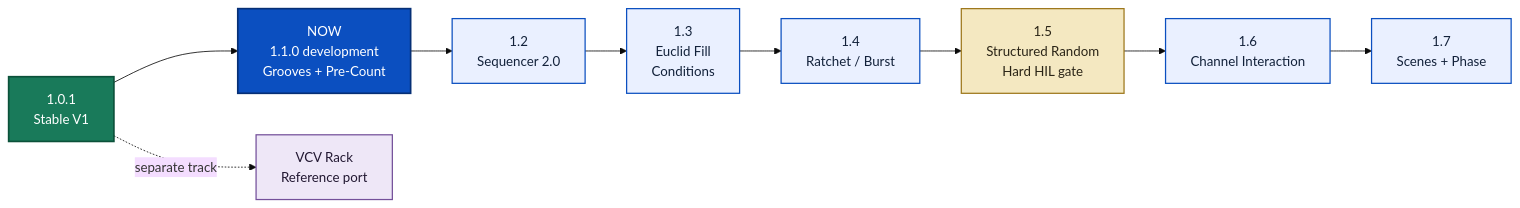
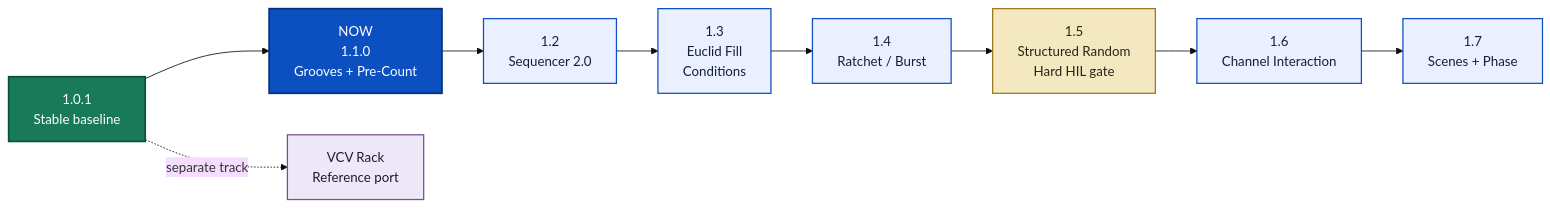
Before and after one commit to napolitano/eurorack-clock-firmware: the diagram in README.md, drawn with Mermaid (base theme). The commit also changed other lines of this file and 25 other files, not shown here.

````diff
--- a/README.md
+++ b/README.md
@@ -74,17 +74,17 @@
 ```mermaid
 flowchart LR
-    V1["1.0.1<br/>Stable V1"] --> G["NOW<br/>1.1.0 development<br/>Grooves + Pre-Count"] --> S["1.2<br/>Sequencer 2.0"] --> E["1.3<br/>Euclid Fill<br/>Conditions"] --> R["1.4<br/>Ratchet / Burst"] --> N["1.5<br/>Structured Random<br/>Hard HIL gate"] --> I["1.6<br/>Channel Interaction"] --> P["1.7<br/>Scenes + Phase"]
+    V1["1.0.1<br/>Stable baseline"] --> G["NOW<br/>1.1.0<br/>Grooves + Pre-Count"] --> S["1.2<br/>Sequencer 2.0"] --> E["1.3<br/>Euclid Fill<br/>Conditions"] --> R["1.4<br/>Ratchet / Burst"] --> N["1.5<br/>Structured Random<br/>Hard HIL gate"] --> I["1.6<br/>Channel Interaction"] --> P["1.7<br/>Scenes + Phase"]
     V1 -. separate track .-> VCV["VCV Rack<br/>Reference port"]
 
     classDef current fill:#0B4FC0,color:#ffffff,stroke:#062F75,stroke-width:2px;
     classDef stable fill:#197A5A,color:#ffffff,stroke:#0B513A,stroke-width:2px;
     classDef planned fill:#EAF0FF,color:#12213A,stroke:#0B4FC0,stroke-width:1.5px;
     classDef gate fill:#F4E8C1,color:#2A2416,stroke:#9D771B,stroke-width:1.5px;
     classDef virtual fill:#EEE7F7,color:#221832,stroke:#74509A,stroke-width:1.5px;
 
     class V1 stable;
     class G current;
     class S,E,R,I,P planned;
     class N gate;
     class VCV virtual;
 ```
````
